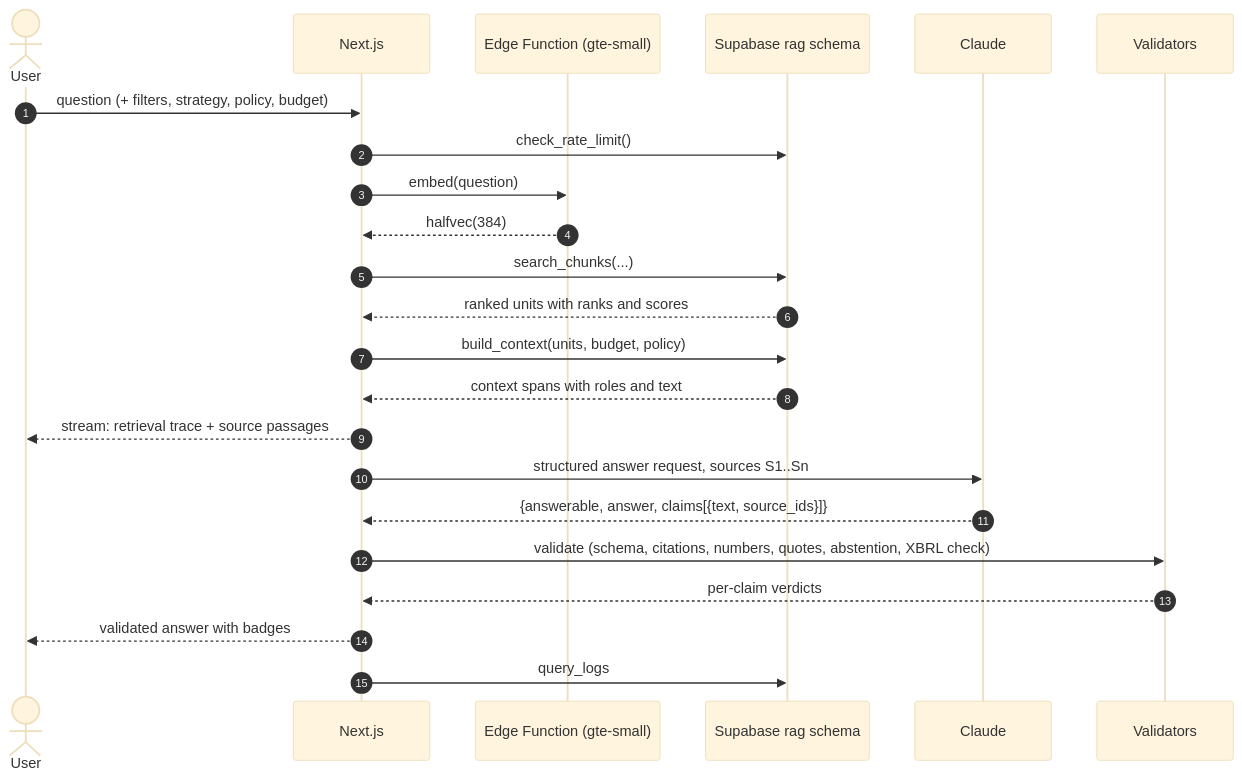
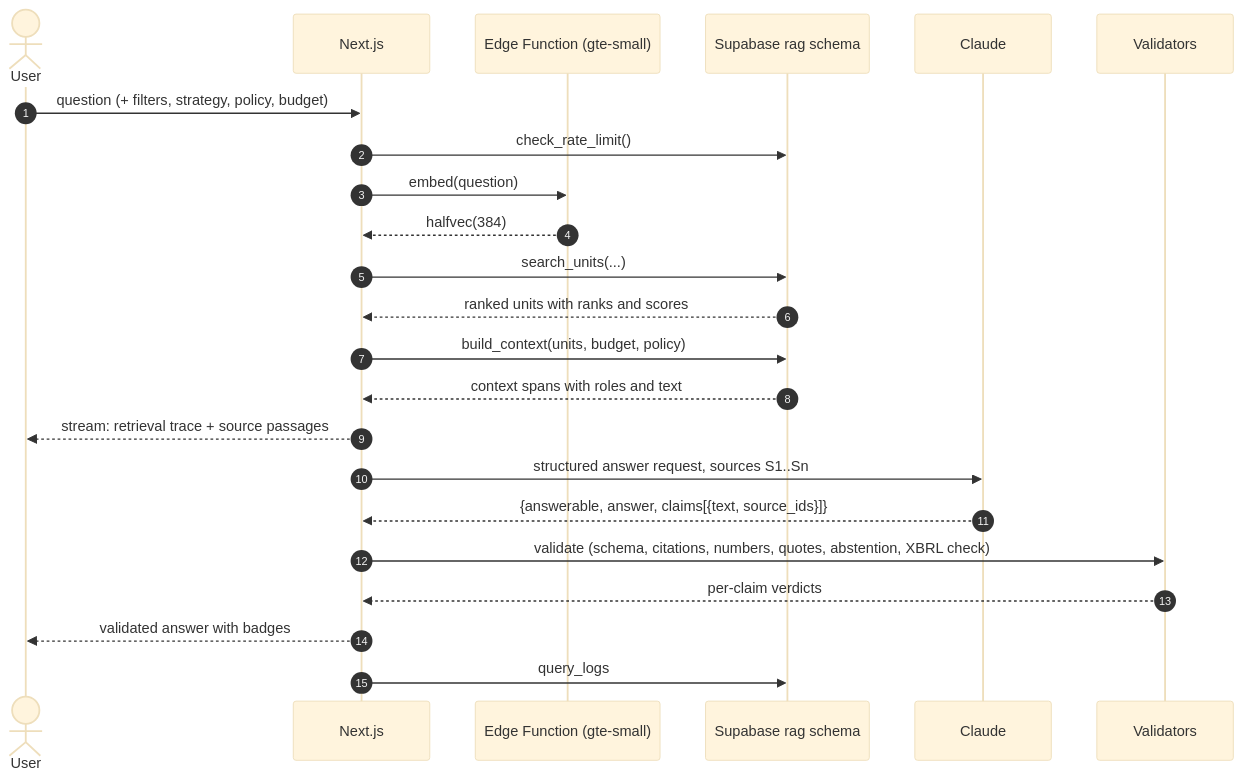
Before and after one commit to conradlotz/chunking-rag-system: the sixth of 8 diagrams in docs/ARCHITECTURE.md, drawn with Mermaid (base theme). The commit also changed other lines of this file and 8 other files, not shown here.

````diff
--- a/docs/ARCHITECTURE.md
+++ b/docs/ARCHITECTURE.md
@@ -304,26 +359,26 @@
 ```mermaid
 sequenceDiagram
     autonumber
     actor U as User
     participant W as Next.js
     participant EF as Edge Function (gte-small)
     participant DB as Supabase rag schema
     participant C as Claude
     participant X as Validators
 
     U->>W: question (+ filters, strategy, policy, budget)
     W->>DB: check_rate_limit()
     W->>EF: embed(question)
     EF-->>W: halfvec(384)
-    W->>DB: search_chunks(...)
+    W->>DB: search_units(...)
     DB-->>W: ranked units with ranks and scores
     W->>DB: build_context(units, budget, policy)
     DB-->>W: context spans with roles and text
     W-->>U: stream: retrieval trace + source passages
     W->>C: structured answer request, sources S1..Sn
     C-->>W: {answerable, answer, claims[{text, source_ids}]}
     W->>X: validate (schema, citations, numbers, quotes, abstention, XBRL check)
     X-->>W: per-claim verdicts
     W-->>U: validated answer with badges
     W->>DB: query_logs
 ```
````
